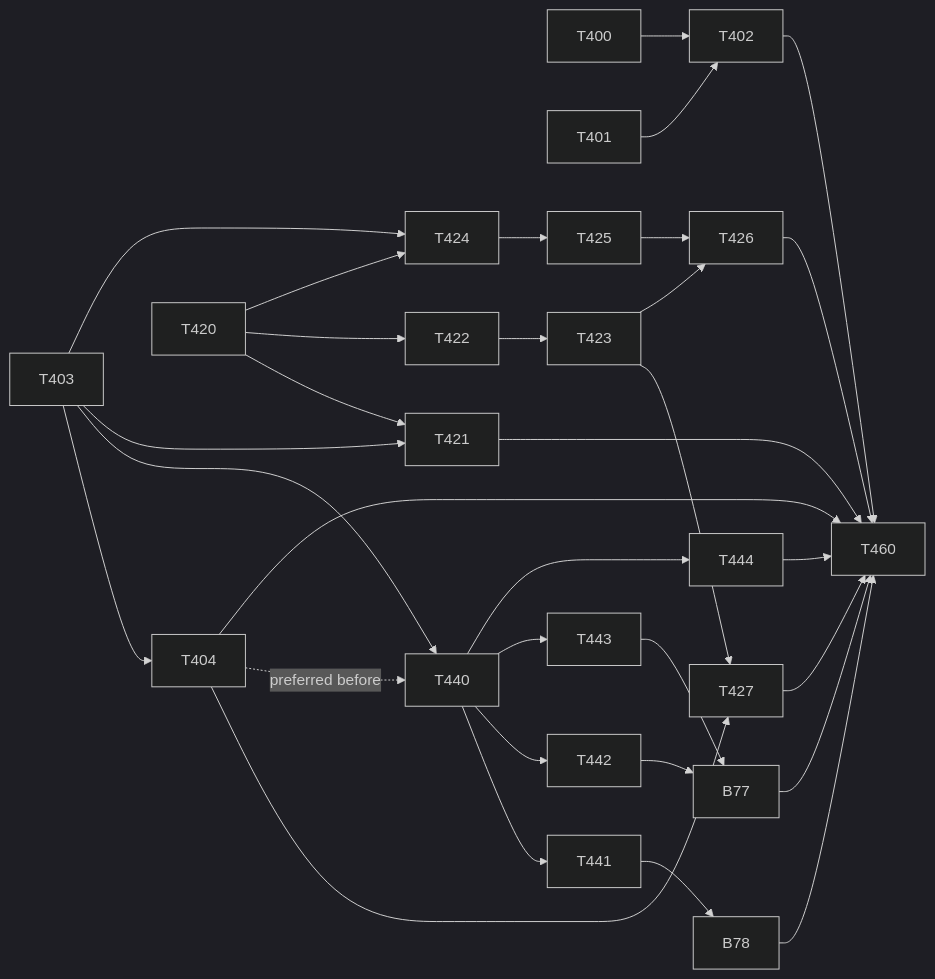
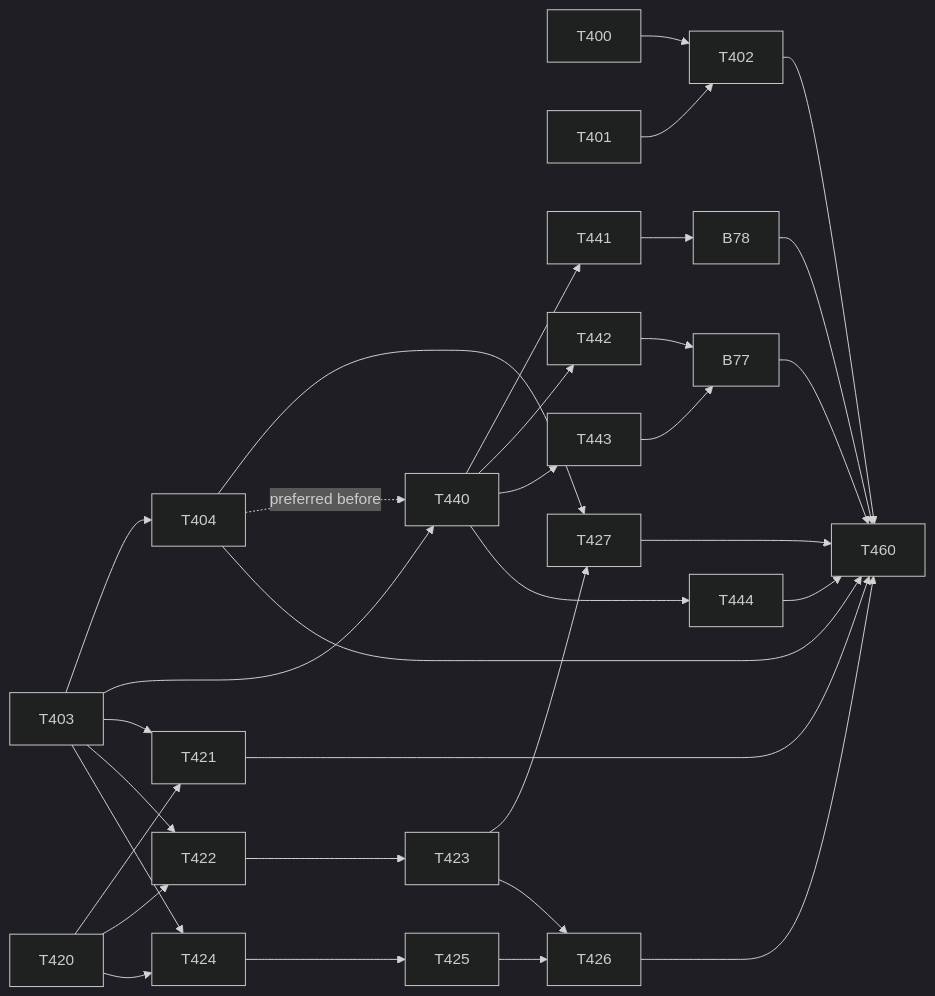
One commit to kvelev/bee-with-me changed the diagram in docs/superpowers/plans/2026-11-10-vs-wave1-overview.md. Above: the diagram before and after it, drawn with Mermaid (dark theme). The commit also changed other lines of this file and 3 other files, not shown here.

````diff
--- a/docs/superpowers/plans/2026-11-10-vs-wave1-overview.md
+++ b/docs/superpowers/plans/2026-11-10-vs-wave1-overview.md
@@ -39,20 +39,21 @@
 ```mermaid
 flowchart LR
     T400 --> T402
     T401 --> T402
     T403 --> T404
     T403 --> T440
     T403 --> T421
+    T403 --> T422
     T403 --> T424
     T420 --> T421
     T420 --> T422 --> T423 --> T427
     T420 --> T424 --> T425 --> T426
     T423 --> T426
     T404 --> T427
     T404 -. preferred before .-> T440
     T440 --> T441 --> B78
     T440 --> T442 --> B77
     T440 --> T443 --> B77
     T440 --> T444
     T402 & T404 & T427 & T426 & T421 & B77 & B78 & T444 --> T460
 ```
````
